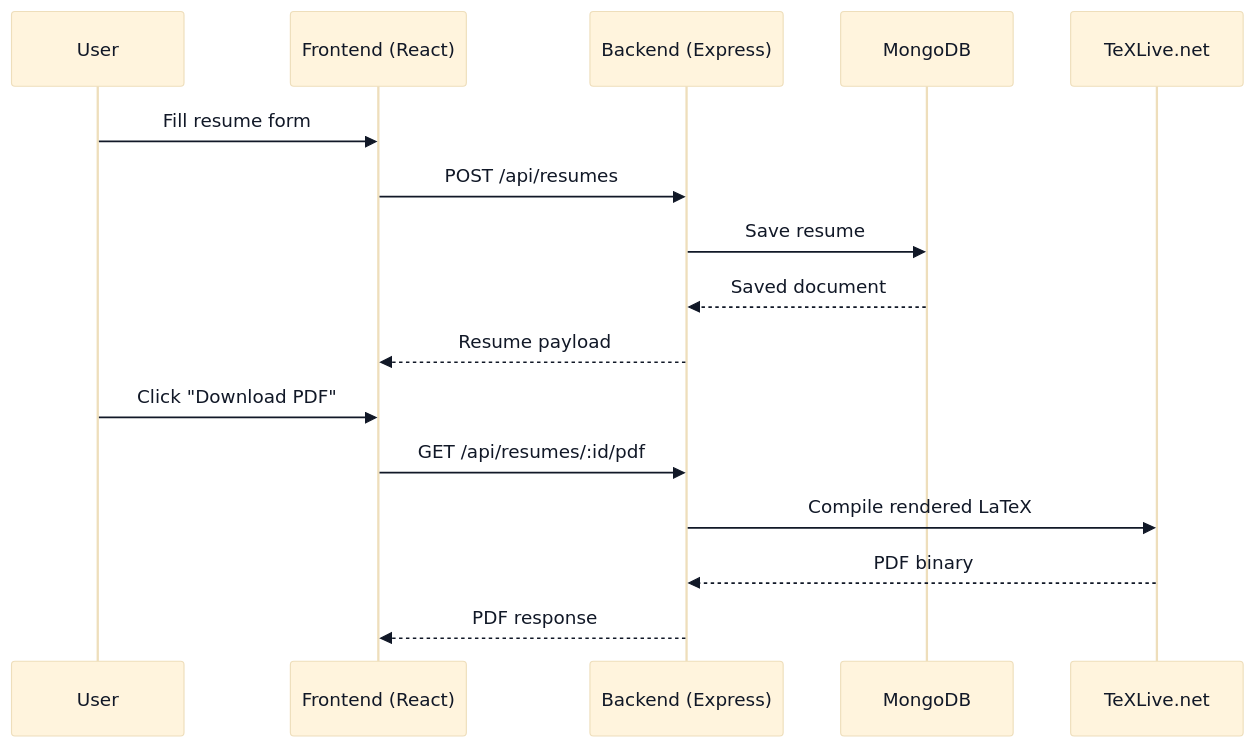
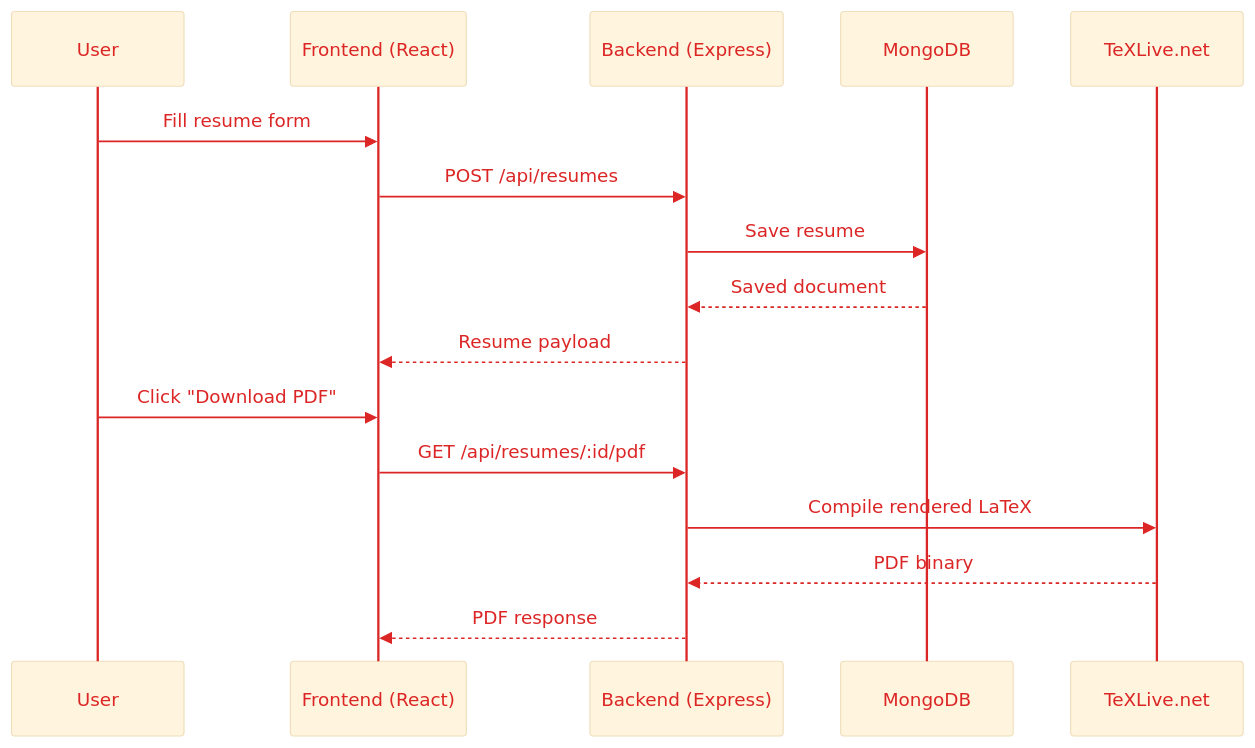
Before and after one commit to Honeyk29/ResumeBuilder: the second of 5 diagrams in README.md, drawn with Mermaid.

Commit message:
Fix Request/Service Mermaid flow colors for visibility

````diff
--- a/README.md
+++ b/README.md
@@ -96,20 +96,20 @@
 ```mermaid
-%%{init: {'theme': 'base', 'themeVariables': { 'primaryTextColor': '#111827', 'lineColor': '#334155', 'fontSize': '16px'}}}%%
+%%{init: {'theme': 'base', 'themeVariables': { 'primaryTextColor': '#DC2626', 'lineColor': '#DC2626', 'fontSize': '16px', 'actorTextColor': '#DC2626', 'actorLineColor': '#DC2626', 'signalColor': '#DC2626', 'signalTextColor': '#DC2626'}}}%%
 sequenceDiagram
     participant U as User
     participant FE as Frontend (React)
     participant BE as Backend (Express)
     participant DB as MongoDB
     participant TX as TeXLive.net
 
     U->>FE: Fill resume form
     FE->>BE: POST /api/resumes
     BE->>DB: Save resume
     DB-->>BE: Saved document
     BE-->>FE: Resume payload
     U->>FE: Click "Download PDF"
     FE->>BE: GET /api/resumes/:id/pdf
     BE->>TX: Compile rendered LaTeX
     TX-->>BE: PDF binary
     BE-->>FE: PDF response
 ```
````
